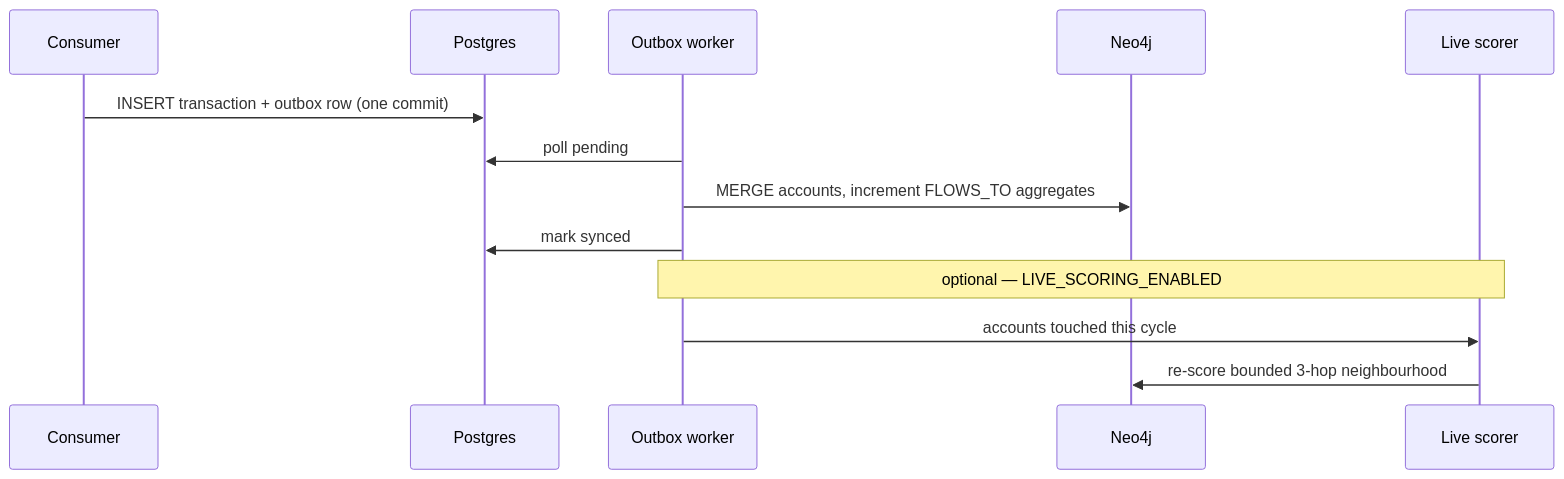
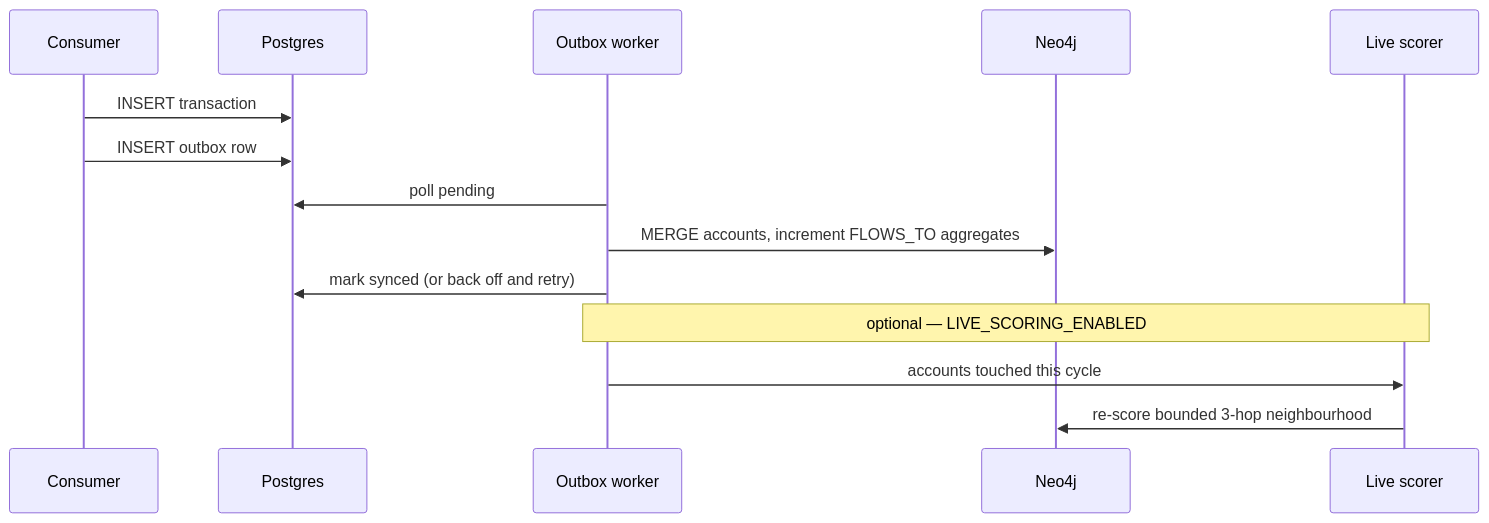
The second of 2 diagrams in README.md (PoneeshKumar/FlowGraph), drawn with Mermaid before and after one commit. The commit also changed other lines of this file, not shown here.

````diff
--- a/README.md
+++ b/README.md
@@ -85,15 +74,16 @@
 ```mermaid
 sequenceDiagram
     participant C as Consumer
     participant P as Postgres
     participant W as Outbox worker
     participant N as Neo4j
     participant S as Live scorer
-    C->>P: INSERT transaction + outbox row (one commit)
+    C->>P: INSERT transaction
+    C->>P: INSERT outbox row
     W->>P: poll pending
     W->>N: MERGE accounts, increment FLOWS_TO aggregates
-    W->>P: mark synced
+    W->>P: mark synced (or back off and retry)
     Note over W,S: optional — LIVE_SCORING_ENABLED
     W->>S: accounts touched this cycle
     S->>N: re-score bounded 3-hop neighbourhood
 ```
````
